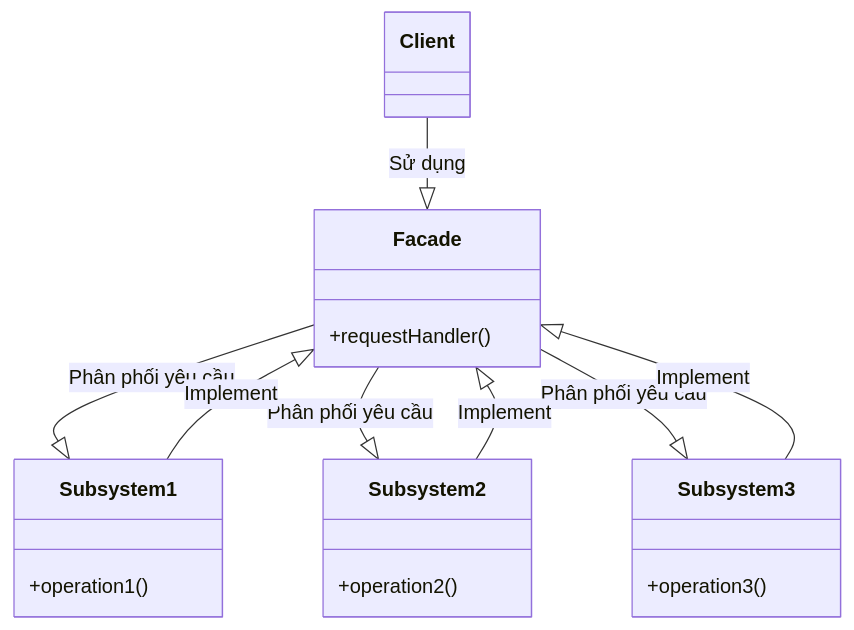
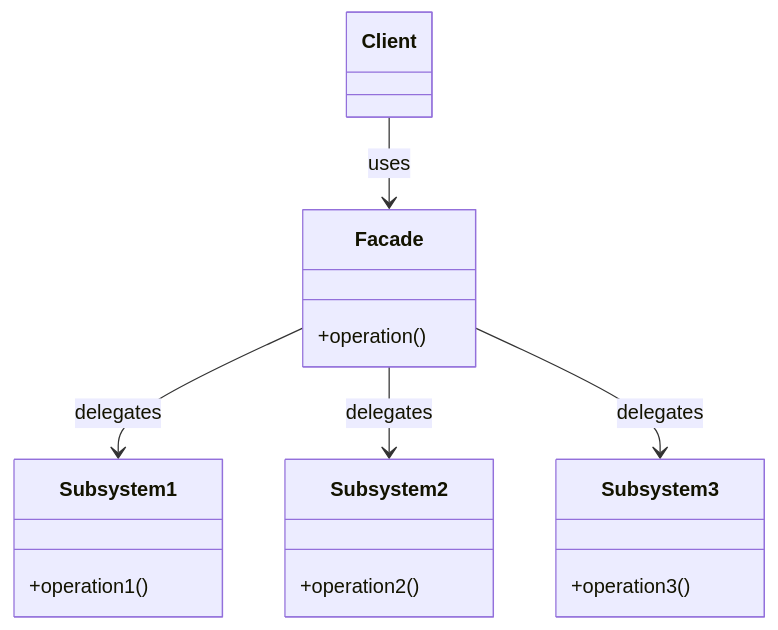
One commit to nguyenphuc22/Design-Patterns changed the fourth of 4 diagrams in docs/Book/3.5 Facade.md. Above: the diagram before and after it, drawn with Mermaid. The commit also changed other lines of this file and 3 other files, not shown here.

````diff
--- a/docs/Book/3.5 Facade.md
+++ b/docs/Book/3.5 Facade.md
@@ -63,26 +153,21 @@
 ```mermaid
 classDiagram
-    class Client {
-    }
     class Facade {
-        +requestHandler()
+        +operation()
     }
     class Subsystem1 {
         +operation1()
     }
     class Subsystem2 {
         +operation2()
     }
     class Subsystem3 {
         +operation3()
     }
-
-    Client --|> Facade : Sử dụng
-    Facade --|> Subsystem1 : Phân phối yêu cầu
-    Facade --|> Subsystem2 : Phân phối yêu cầu
-    Facade --|> Subsystem3 : Phân phối yêu cầu
-    Subsystem1 --|> Facade : Implement
-    Subsystem2 --|> Facade : Implement
-    Subsystem3 --|> Facade : Implement
-
+    class Client
+    
+    Client --> Facade: uses
+    Facade --> Subsystem1: delegates
+    Facade --> Subsystem2: delegates
+    Facade --> Subsystem3: delegates
 ```
````
